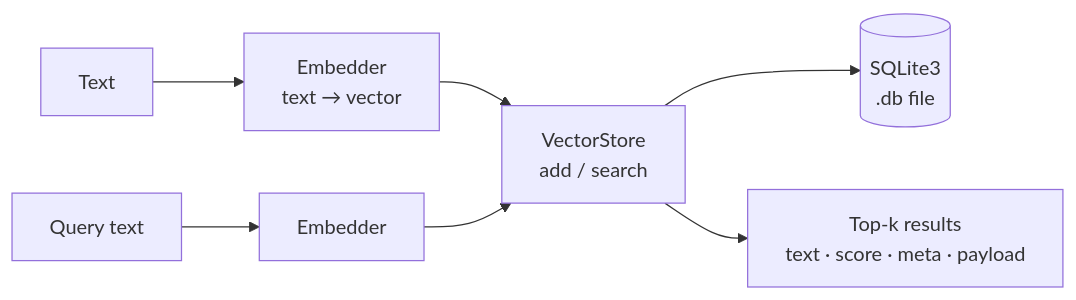
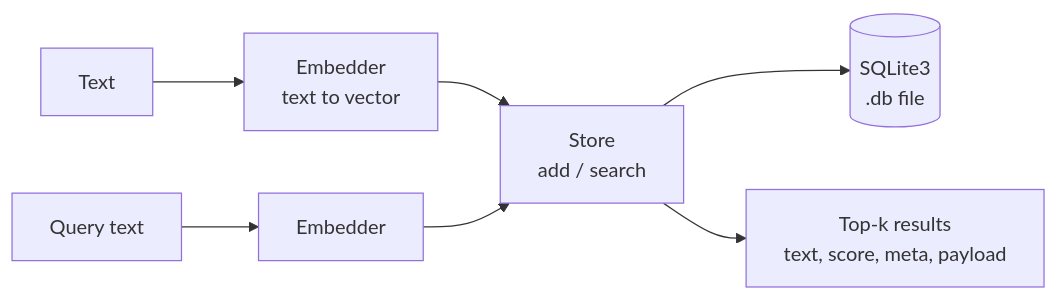
The diagram in README.md (nogginly/vecstolite.cr), drawn with Mermaid before and after one commit. The commit also changed other lines of this file and 1 other file, not shown here.

Commit message:
Rewrite README for Store; record bulk payload regression in SCOPE

````diff
--- a/README.md
+++ b/README.md
@@ -25,9 +26,13 @@
 ```mermaid
 flowchart LR
-    T["Text"] --> E["Embedder\ntext → vector"]
-    E --> S["VectorStore\nadd / search"]
-    S --> DB[("SQLite3\n.db file")]
+    T["Text"] --> E["Embedder
+    text to vector"]
+    E --> S["Store
+    add / search"]
+    S --> DB[("SQLite3
+    .db file")]
     Q["Query text"] --> E2["Embedder"]
     E2 --> S
-    S --> R["Top-k results\ntext · score · meta · payload"]
+    S --> R["Top-k results
+    text, score, meta, payload"]
 ```
````
